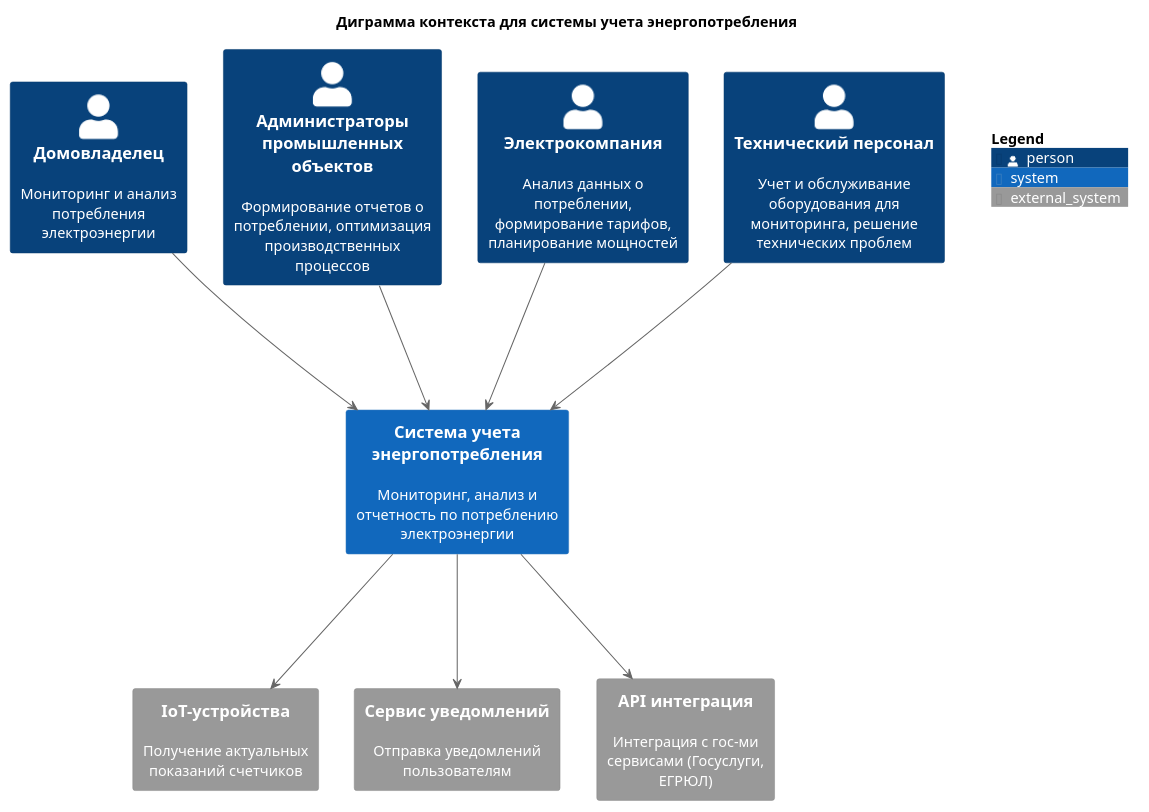
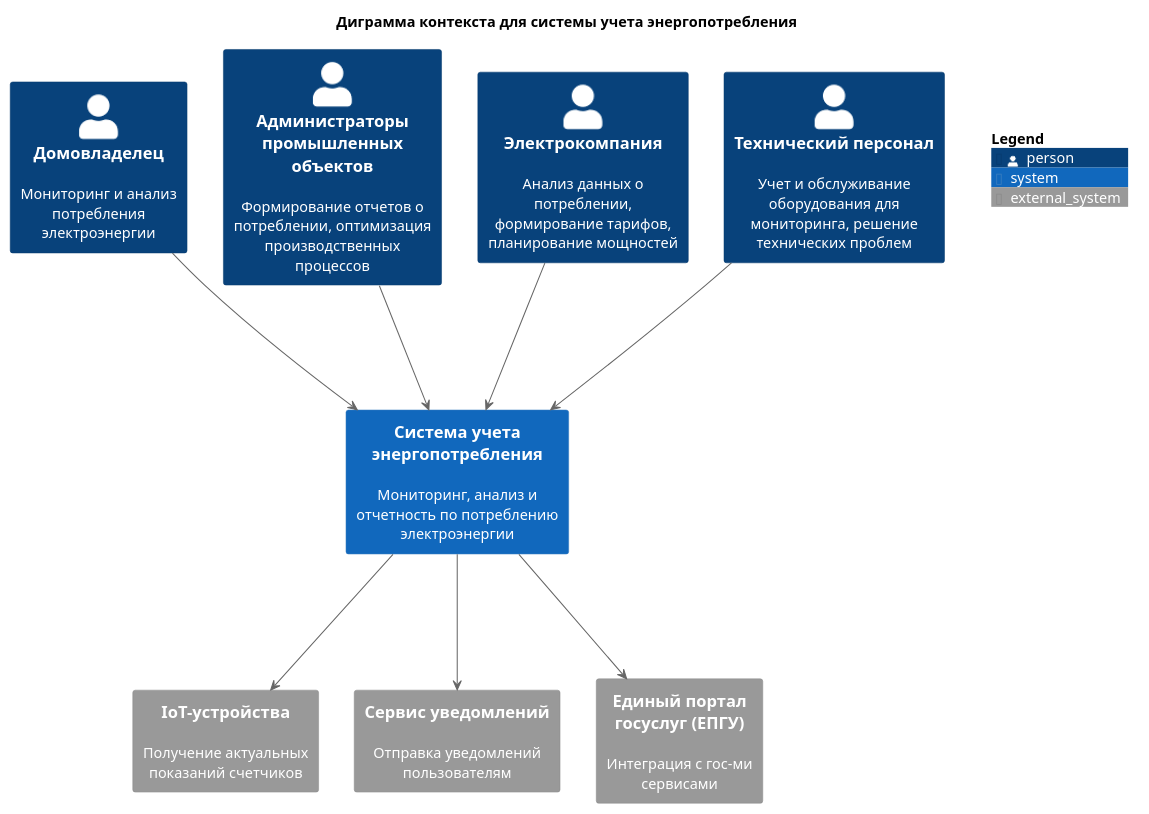
One commit to I1yaMatveev/SoftwareDevelopmentTechnology changed the diagram in 2. Технический проект/context.puml. Above: the diagram before and after it, drawn with PlantUML. The commit also changed 1 other file, not shown here.

Commit message:
Поправил интеграцию с гос. сервисами

```diff
--- a/2. Технический проект/context.puml
+++ b/2. Технический проект/context.puml
@@ -1,29 +1,29 @@
 @startuml C4_Context
 title "Диграмма контекста для системы учета энергопотребления"
 
 !include https://raw.githubusercontent.com/plantuml-stdlib/C4-PlantUML/master/C4_Container.puml
 
 Person(homeowner, "Домовладелец", "Мониторинг и анализ потребления электроэнергии")
 Person(industrialFacilityAministrator, "Администраторы промышленных объектов", "Формирование отчетов о потреблении, оптимизация производственных процессов")
 Person(electricCompany, "Электрокомпания", "Анализ данных о потреблении, формирование тарифов, планирование мощностей")
 Person(technicalStaff, "Технический персонал", "Учет и обслуживание оборудования для мониторинга, решение технических проблем")
 
 System(meteringSystem, "Система учета энергопотребления", "Мониторинг, анализ и отчетность по потреблению электроэнергии")
 
 homeowner ---> meteringSystem
 industrialFacilityAministrator ---> meteringSystem
 electricCompany ---> meteringSystem
 technicalStaff ---> meteringSystem
 
 System_Ext(ioTDevices, "IoT-устройства", "Получение актуальных показаний счетчиков")
 System_Ext(notificationService, "Сервис уведомлений", "Отправка уведомлений пользователям")
-System_Ext(governmentServices, "API интеграция", "Интеграция с гос-ми сервисами (Госуслуги, ЕГРЮЛ)")
+System_Ext(governmentServices, "Единый портал госуслуг (ЕПГУ)", "Интеграция с гос-ми сервисами")
 
 meteringSystem ---> ioTDevices
 meteringSystem ---> notificationService
 meteringSystem ---> governmentServices
 
 
 SHOW_FLOATING_LEGEND()
 
 @enduml
```
